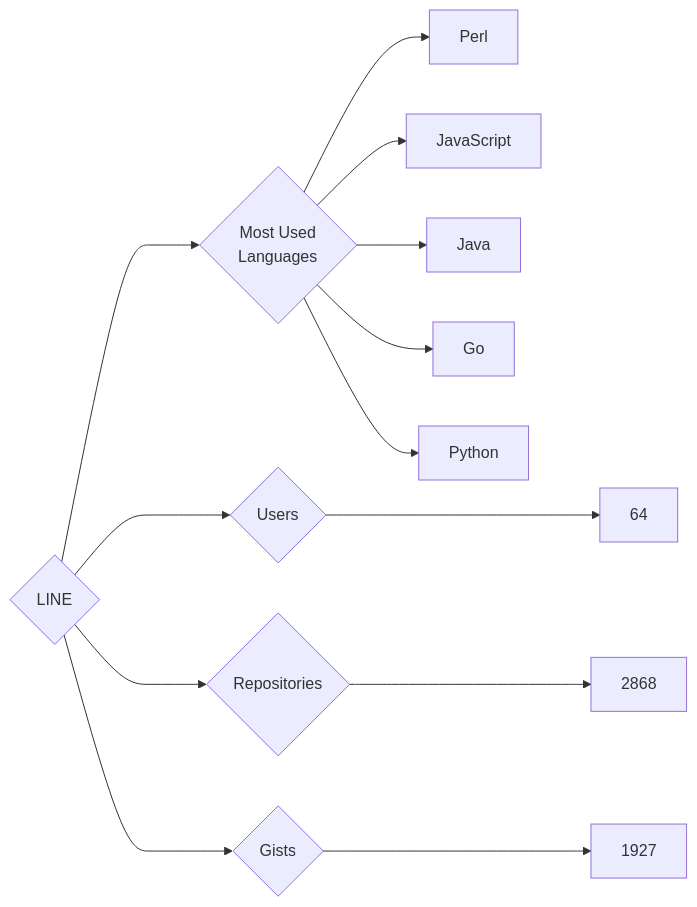
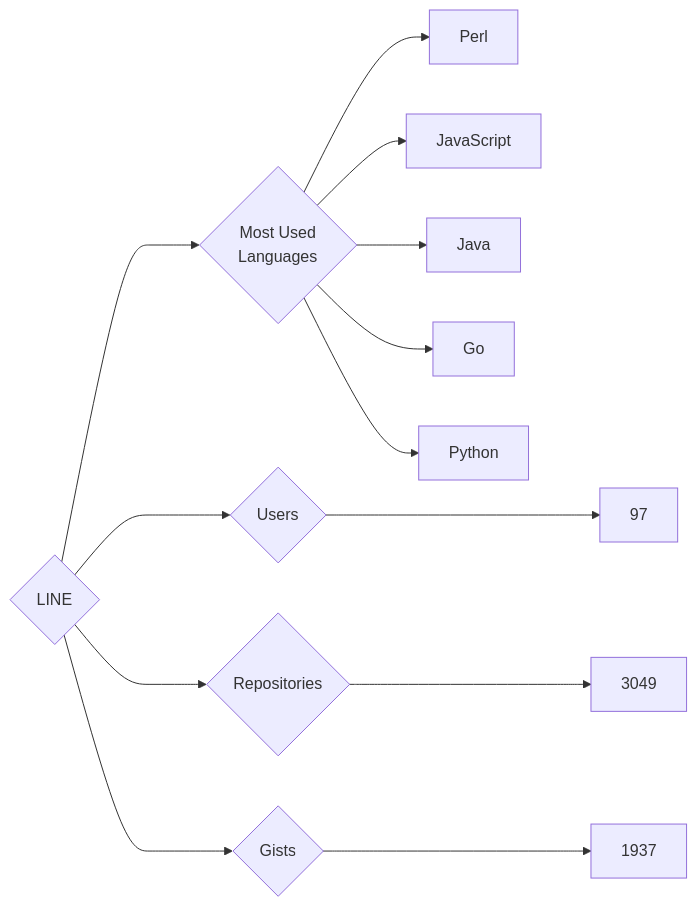
Before and after one commit to trickest/insiders: the diagram in targets/LINE/README.md, drawn with Mermaid. The commit also changed 699 other files, not shown here.

````diff
--- a/targets/LINE/README.md
+++ b/targets/LINE/README.md
@@ -3,13 +3,13 @@
 ```mermaid
 graph LR
 COMPANY_NAME{LINE}
-COMPANY_NAME ---> U{Users} ---> UN[64]
-COMPANY_NAME ---> R{Repositories} ---> RN[2868]
-COMPANY_NAME ---> G{Gists} ---> GN[1927]
+COMPANY_NAME ---> U{Users} ---> UN[97]
+COMPANY_NAME ---> R{Repositories} ---> RN[3049]
+COMPANY_NAME ---> G{Gists} ---> GN[1937]
 COMPANY_NAME ---> ML{Most Used<br>Languages}
 ML --> Perl[Perl]
 ML --> JavaScript[JavaScript]
 ML --> Java[Java]
 ML --> Go[Go]
 ML --> Python[Python]
 ```
````
